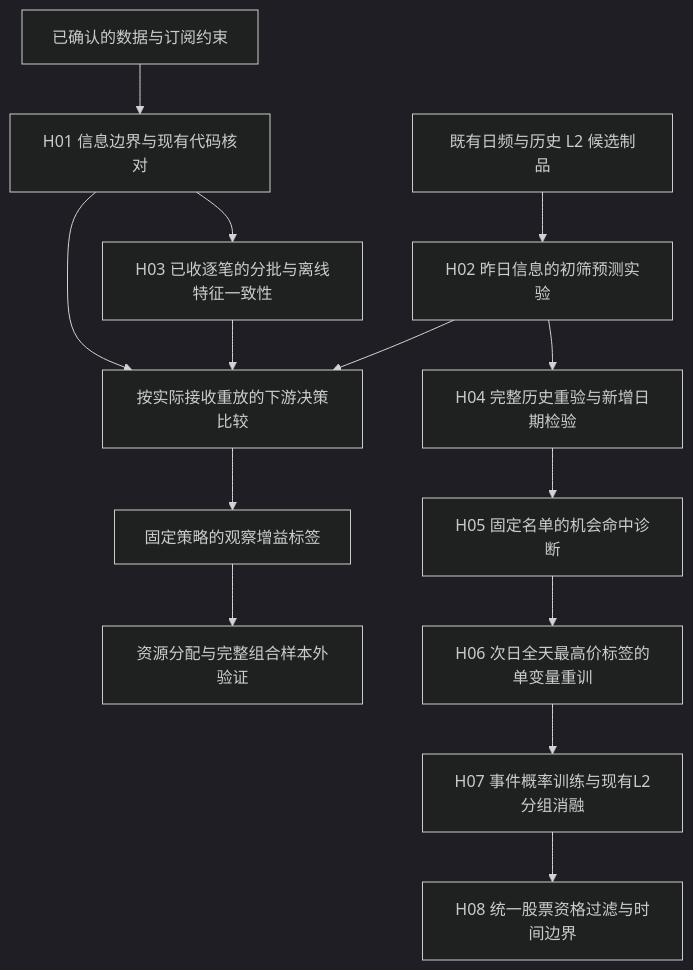
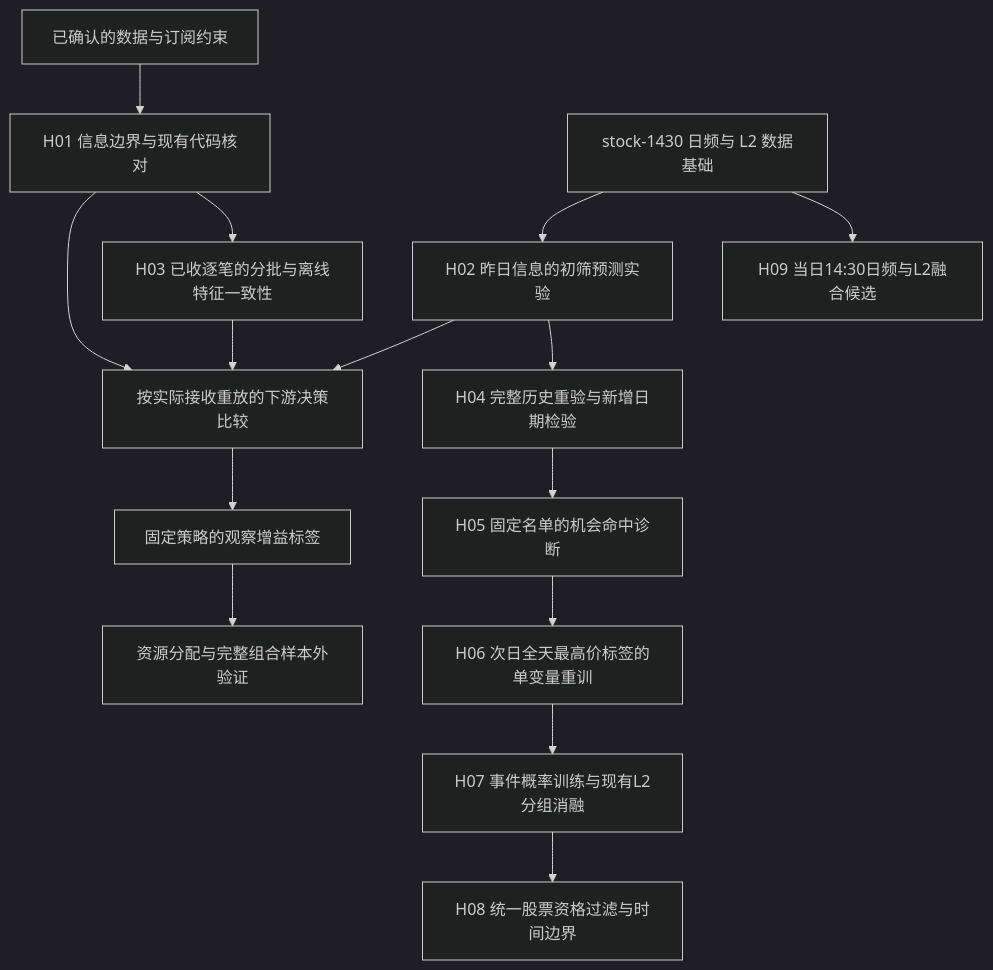
One commit to UlricWu/trading changed the diagram in research/subscription-training/README.md. Above: the diagram before and after it, drawn with Mermaid (dark theme). The commit also changed other lines of this file and 13 other files, not shown here.

````diff
--- a/research/subscription-training/README.md
+++ b/research/subscription-training/README.md
@@ -21,16 +21,17 @@
 ```mermaid
 flowchart TD
     A[已确认的数据与订阅约束] --> B[H01 信息边界与现有代码核对]
-    C[既有日频与历史 L2 候选制品] --> D[H02 昨日信息的初筛预测实验]
+    C[stock-1430 日频与 L2 数据基础] --> D[H02 昨日信息的初筛预测实验]
+    C --> N[H09 当日14:30日频与L2融合候选]
     B --> E[按实际接收重放的下游决策比较]
     B --> H[H03 已收逐笔的分批与离线特征一致性]
     H --> E
     D --> E
     D --> I[H04 完整历史重验与新增日期检验]
     I --> J[H05 固定名单的机会命中诊断]
     J --> K[H06 次日全天最高价标签的单变量重训]
     K --> L[H07 事件概率训练与现有L2分组消融]
     L --> M[H08 统一股票资格过滤与时间边界]
     E --> F[固定策略的观察增益标签]
     F --> G[资源分配与完整组合样本外验证]
 ```
````
